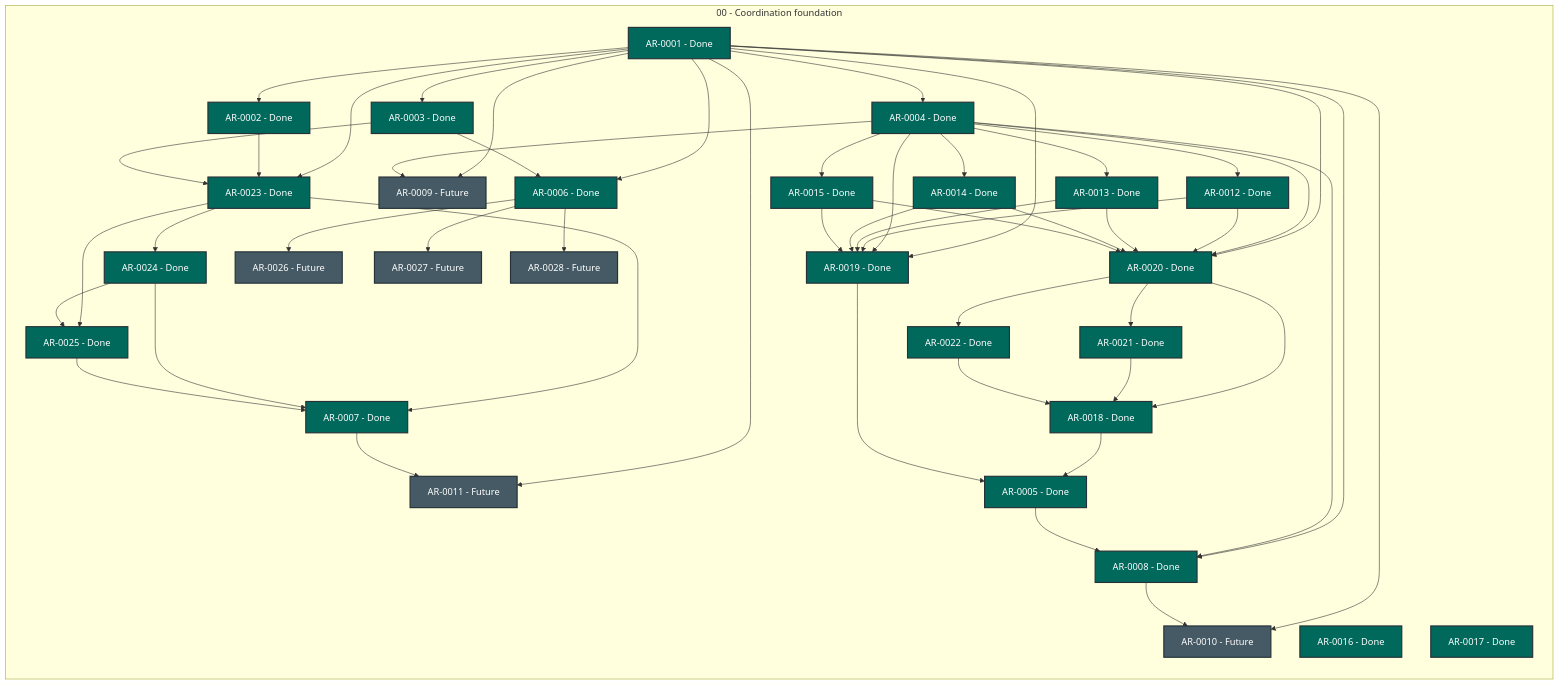
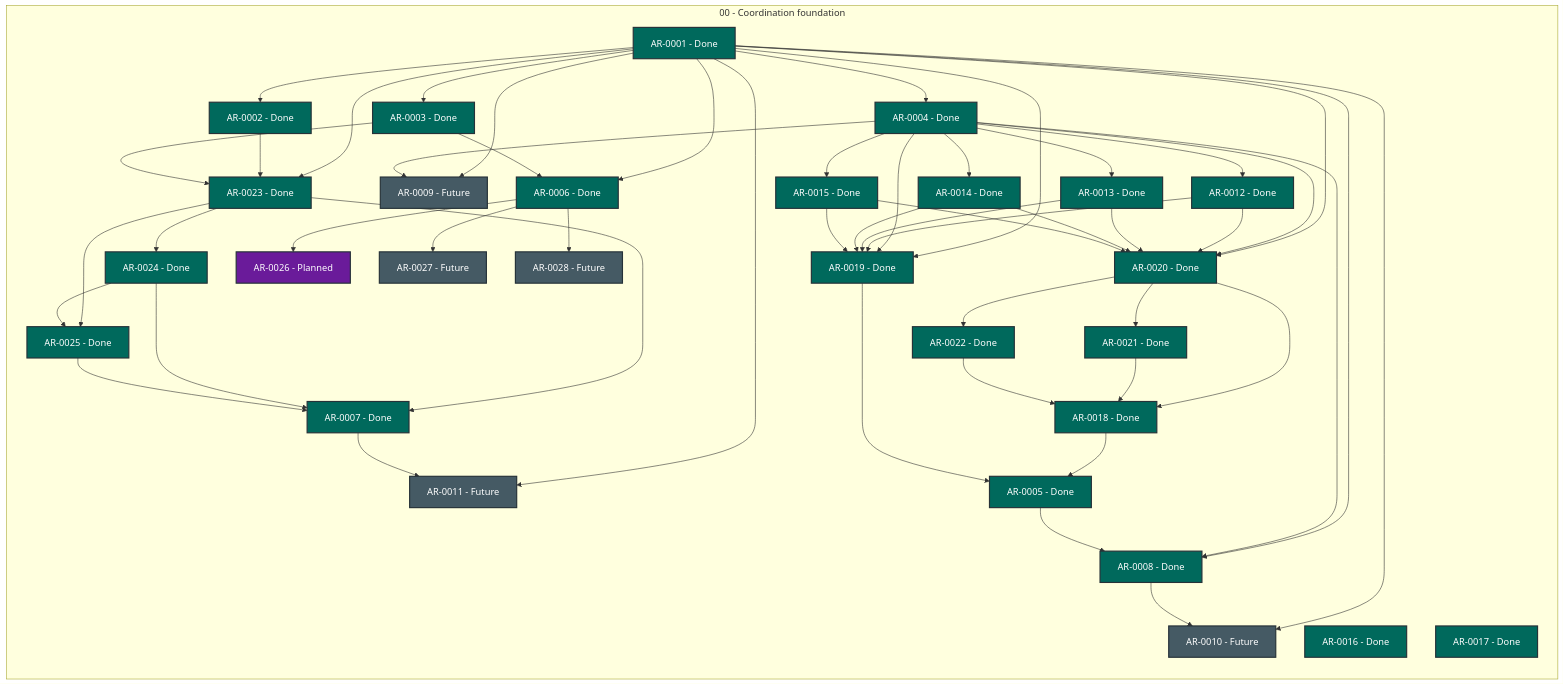
One commit to martin-beck/agent-workflow-quality-state changed the diagram in STATUS.md. Above: the diagram before and after it, drawn with Mermaid. The commit also changed other lines of this file, not shown here.

Commit message:
chore(state): render formal child status

```diff
--- a/STATUS.md
+++ b/STATUS.md
@@ -53,7 +53,7 @@
         AR_0023["AR-0023 - Done"]:::status_done
         AR_0024["AR-0024 - Done"]:::status_done
         AR_0025["AR-0025 - Done"]:::status_done
-        AR_0026["AR-0026 - Future"]:::status_future
+        AR_0026["AR-0026 - Planned"]:::status_planned
         AR_0027["AR-0027 - Future"]:::status_future
         AR_0028["AR-0028 - Future"]:::status_future
     end
```
